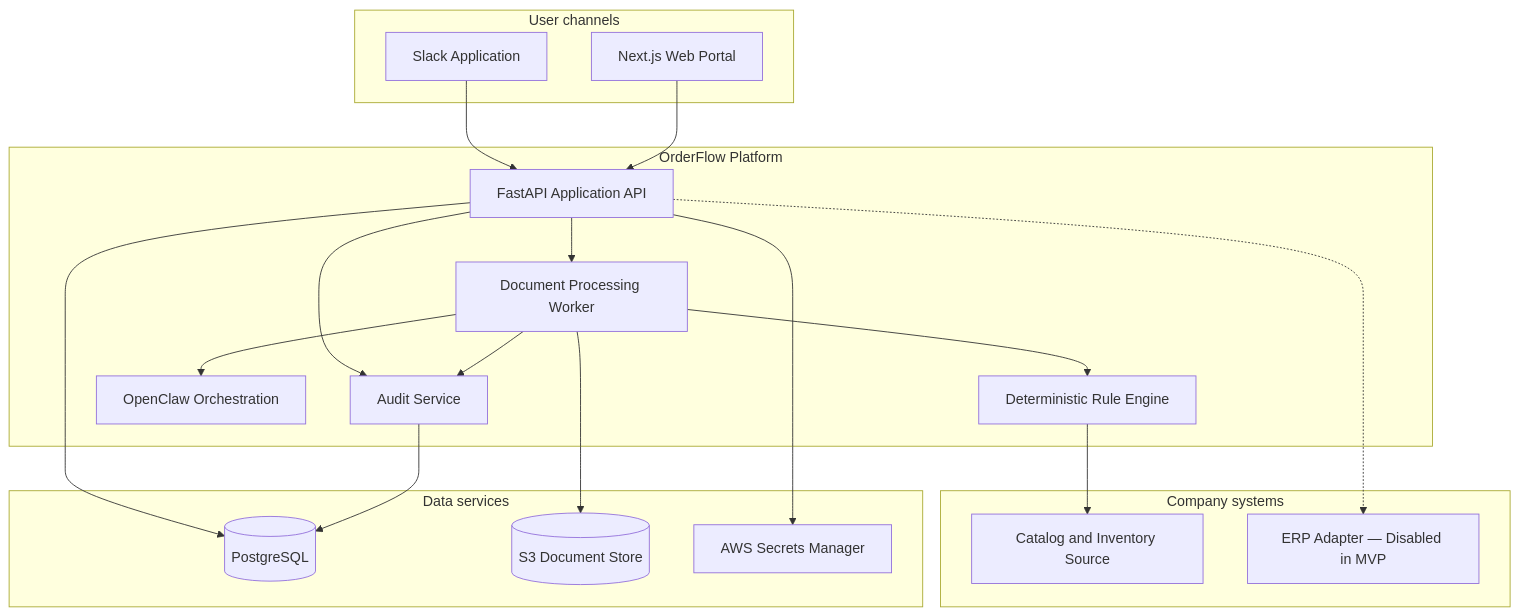
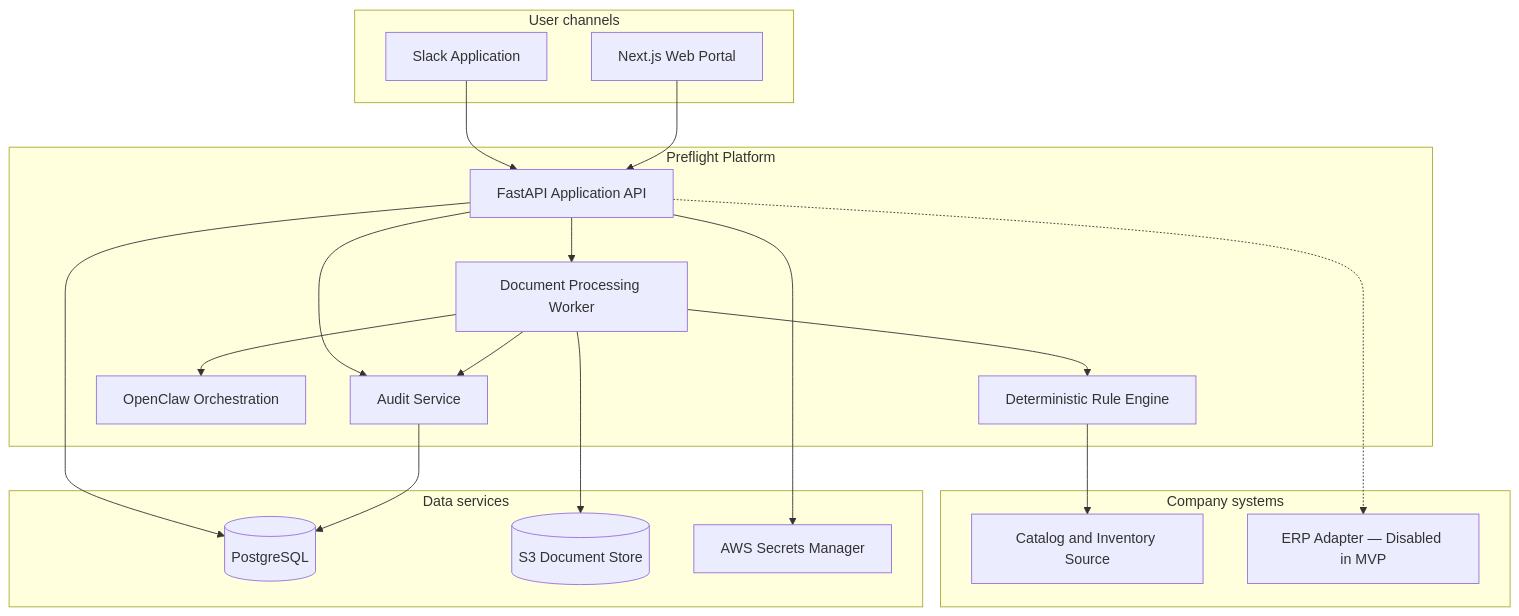
Before and after one commit to brianhuynh2021/po-preflight: the second of 5 diagrams in docs/architecture.md, drawn with Mermaid. The commit also changed other lines of this file and 32 other files, not shown here.

First line of the commit message:
Rename project from OrderFlow AI to PO Preflight

````diff
--- a/docs/architecture.md
+++ b/docs/architecture.md
@@ -33,40 +33,40 @@
 ```mermaid
 flowchart TB
     subgraph Channels["User channels"]
         SlackApp["Slack Application"]
         WebApp["Next.js Web Portal"]
     end
 
-    subgraph Platform["OrderFlow Platform"]
+    subgraph Platform["Preflight Platform"]
         API["FastAPI Application API"]
         Worker["Document Processing Worker"]
         Rules["Deterministic Rule Engine"]
         Orchestrator["OpenClaw Orchestration"]
         Audit["Audit Service"]
     end
 
     subgraph Data["Data services"]
         DB[("PostgreSQL")]
         Files[("S3 Document Store")]
         Secrets["AWS Secrets Manager"]
     end
 
     subgraph External["Company systems"]
         CatalogAPI["Catalog and Inventory Source"]
         ERPAPI["ERP Adapter — Disabled in MVP"]
     end
 
     SlackApp --> API
     WebApp --> API
     API --> Worker
     Worker --> Orchestrator
     Worker --> Rules
     Rules --> CatalogAPI
     API --> Audit
     Worker --> Audit
     API --> DB
     Audit --> DB
     Worker --> Files
     API --> Secrets
     API -.-> ERPAPI
 ```
````
